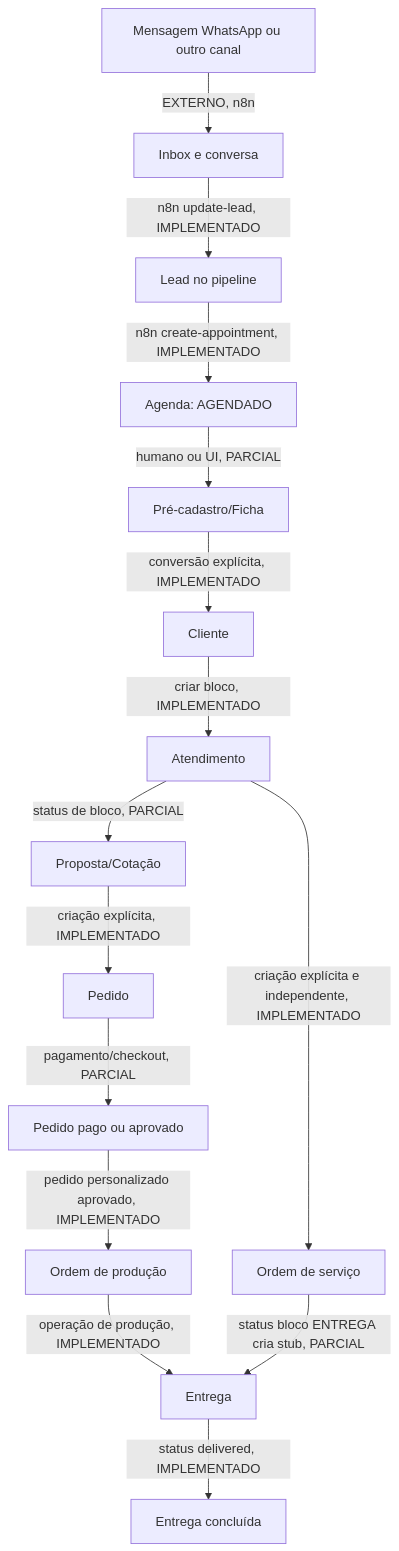
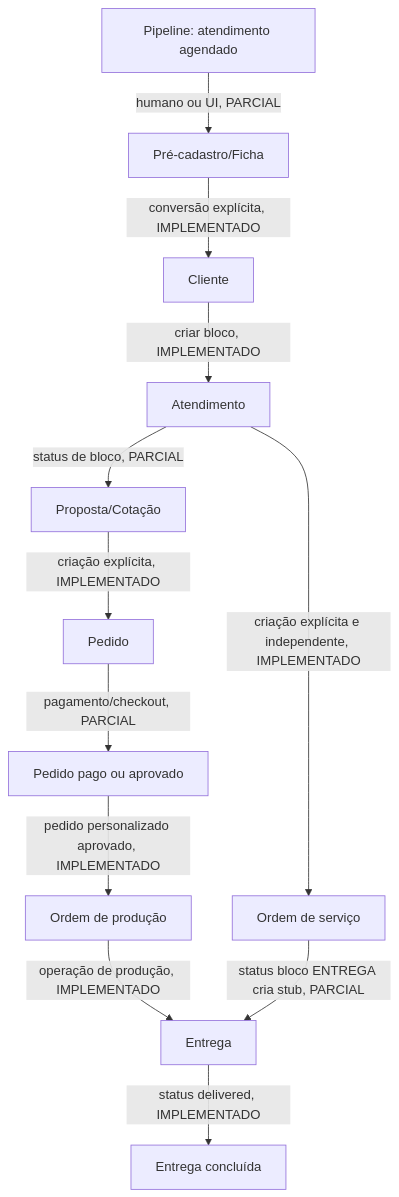
The fourth of 4 diagrams in docs/handoff/FLUXO-OPERACIONAL-END-TO-END.md (guilhermedemorais-dev/ORION-CRM), drawn with Mermaid before and after one commit. The commit also changed other lines of this file, not shown here.

````diff
--- a/docs/handoff/FLUXO-OPERACIONAL-END-TO-END.md
+++ b/docs/handoff/FLUXO-OPERACIONAL-END-TO-END.md
@@ -10,17 +85,14 @@
 ```mermaid
 flowchart TD
-  WA[Mensagem WhatsApp ou outro canal] -->|EXTERNO, n8n| IN[Inbox e conversa]
-  IN -->|n8n update-lead, IMPLEMENTADO| L[Lead no pipeline]
-  L -->|n8n create-appointment, IMPLEMENTADO| AG[Agenda: AGENDADO]
-  AG -->|humano ou UI, PARCIAL| PC[Pré-cadastro/Ficha]
+  PIPE[Pipeline: atendimento agendado] -->|humano ou UI, PARCIAL| PC[Pré-cadastro/Ficha]
   PC -->|conversão explícita, IMPLEMENTADO| C[Cliente]
   C -->|criar bloco, IMPLEMENTADO| AT[Atendimento]
   AT -->|status de bloco, PARCIAL| PR[Proposta/Cotação]
   PR -->|criação explícita, IMPLEMENTADO| PE[Pedido]
   PE -->|pagamento/checkout, PARCIAL| PG[Pedido pago ou aprovado]
   PG -->|pedido personalizado aprovado, IMPLEMENTADO| PO[Ordem de produção]
   AT -->|criação explícita e independente, IMPLEMENTADO| OS[Ordem de serviço]
   PO -->|operação de produção, IMPLEMENTADO| ENT[Entrega]
   OS -->|status bloco ENTREGA cria stub, PARCIAL| ENT
   ENT -->|status delivered, IMPLEMENTADO| FIM[Entrega concluída]
 ```
````
